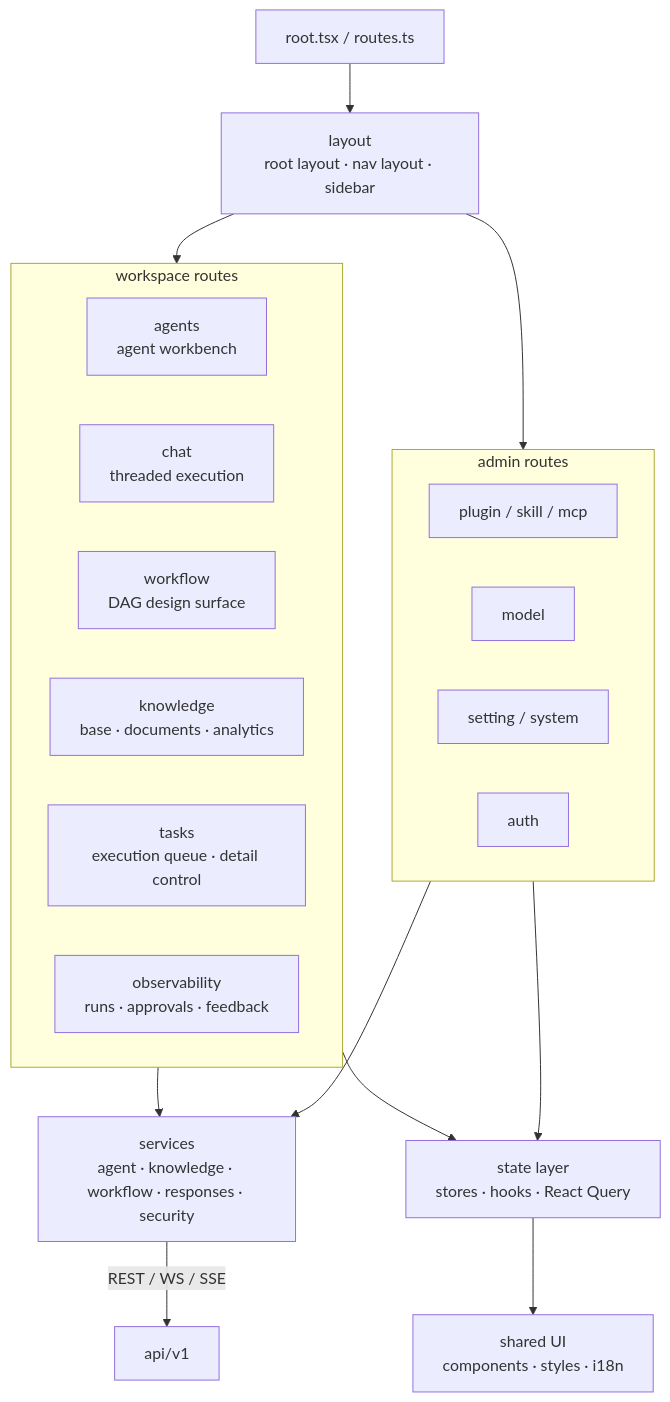
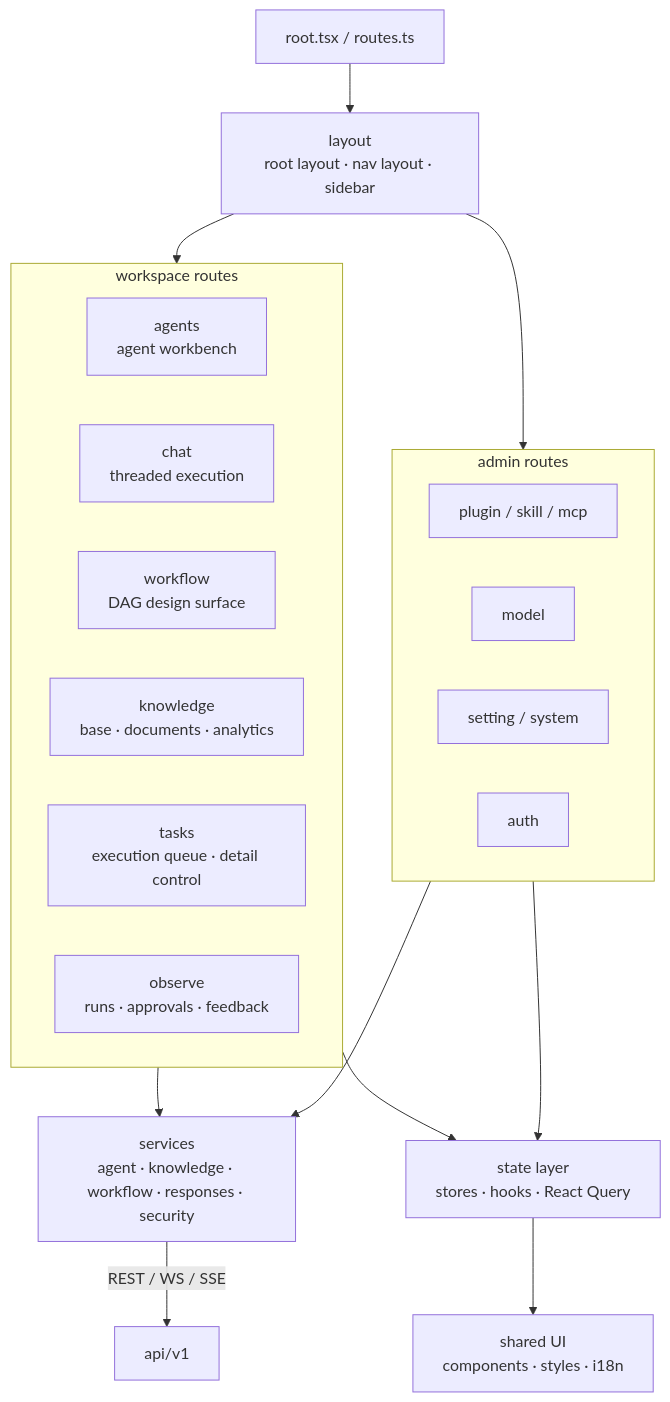
One commit to soit-ai/soit changed the fourth of 7 diagrams in docs/PLATFORM_ARCHITECTURE.md. Above: the diagram before and after it, drawn with Mermaid. The commit also changed other lines of this file and 352 other files, not shown here.

````diff
--- a/docs/PLATFORM_ARCHITECTURE.md
+++ b/docs/PLATFORM_ARCHITECTURE.md
@@ -192,34 +191,34 @@
 ```mermaid
 flowchart TB
   Root["root.tsx / routes.ts"]
   Layout["layout<br/>root layout · nav layout · sidebar"]
   Services["services<br/>agent · knowledge · workflow · responses · security"]
   State["state layer<br/>stores · hooks · React Query"]
   UI["shared UI<br/>components · styles · i18n"]
 
   subgraph Workspaces["workspace routes"]
     Agents["agents<br/>agent workbench"]
     Chat["chat<br/>threaded execution"]
     Workflow["workflow<br/>DAG design surface"]
     Knowledge["knowledge<br/>base · documents · analytics"]
     Tasks["tasks<br/>execution queue · detail control"]
-    Observability["observability<br/>runs · approvals · feedback"]
+    Observe["observe<br/>runs · approvals · feedback"]
   end
 
   subgraph Admin["admin routes"]
     Plugins["plugin / skill / mcp"]
     Models["model"]
     Settings["setting / system"]
     Auth["auth"]
   end
 
   Root --> Layout
   Layout --> Workspaces
   Layout --> Admin
   Workspaces --> Services
   Admin --> Services
   Workspaces --> State
   Admin --> State
   State --> UI
   Services -->|"REST / WS / SSE"| Backend["api/v1"]
 ```
````
